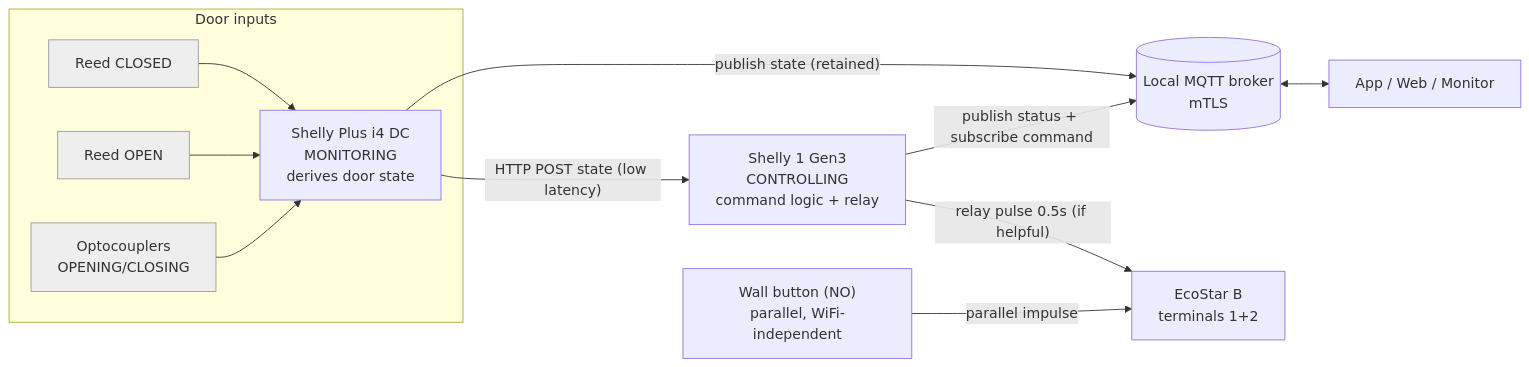
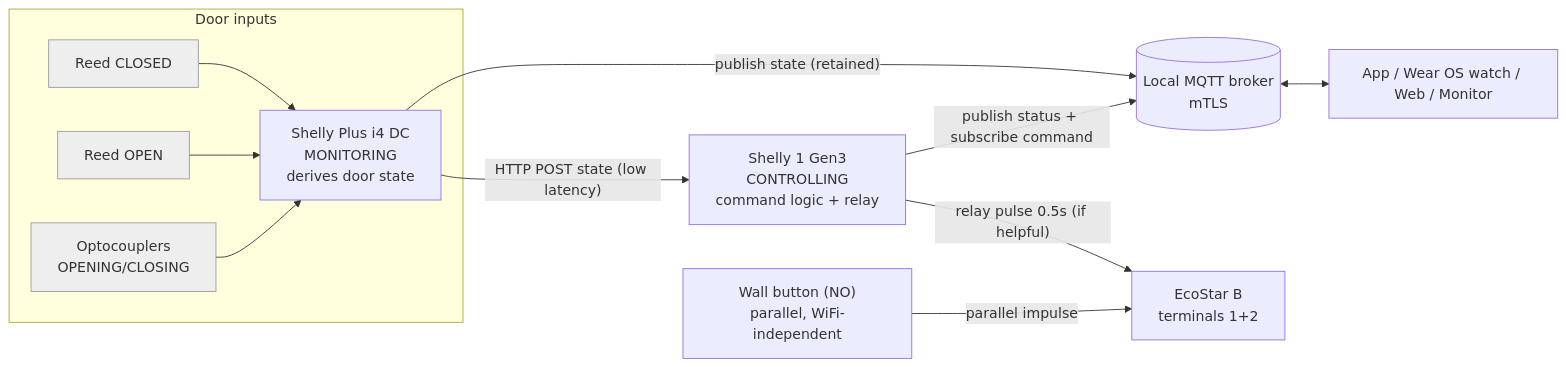
Before and after one commit to Laffs2k5/shelly-ecostar-garage-opener: the diagram in docs/spec/01-architecture.md, drawn with Mermaid. The commit also changed other lines of this file and 20 other files, not shown here.

Commit message:
docs: refresh — counts (60/15/41), Wear OS, app v2/Q-16 done, door_sim, dead links

````diff
--- a/docs/spec/01-architecture.md
+++ b/docs/spec/01-architecture.md
@@ -29,22 +30,22 @@
 ```mermaid
 graph LR
     subgraph inputs["Door inputs"]
         R1[Reed CLOSED]:::s --> I4
         R2[Reed OPEN]:::s --> I4
         OPTO[Optocouplers\nOPENING/CLOSING]:::s --> I4
     end
     I4["Shelly Plus i4 DC\nMONITORING\nderives door state"]
     S1["Shelly 1 Gen3\nCONTROLLING\ncommand logic + relay"]
     BR[("Local MQTT broker\nmTLS")]
-    CLIENTS["App / Web / Monitor"]
+    CLIENTS["App / Wear OS watch / Web / Monitor"]
     ECO["EcoStar B\nterminals 1+2"]
     BTN["Wall button (NO)\nparallel, WiFi-independent"]
 
     I4 -- "HTTP POST state (low latency)" --> S1
     I4 -- "publish state (retained)" --> BR
     S1 -- "publish status + subscribe command" --> BR
     BR <--> CLIENTS
     S1 -- "relay pulse 0.5s (if helpful)" --> ECO
     BTN -- "parallel impulse" --> ECO
     classDef s fill:#eee,stroke:#999;
 ```
````
